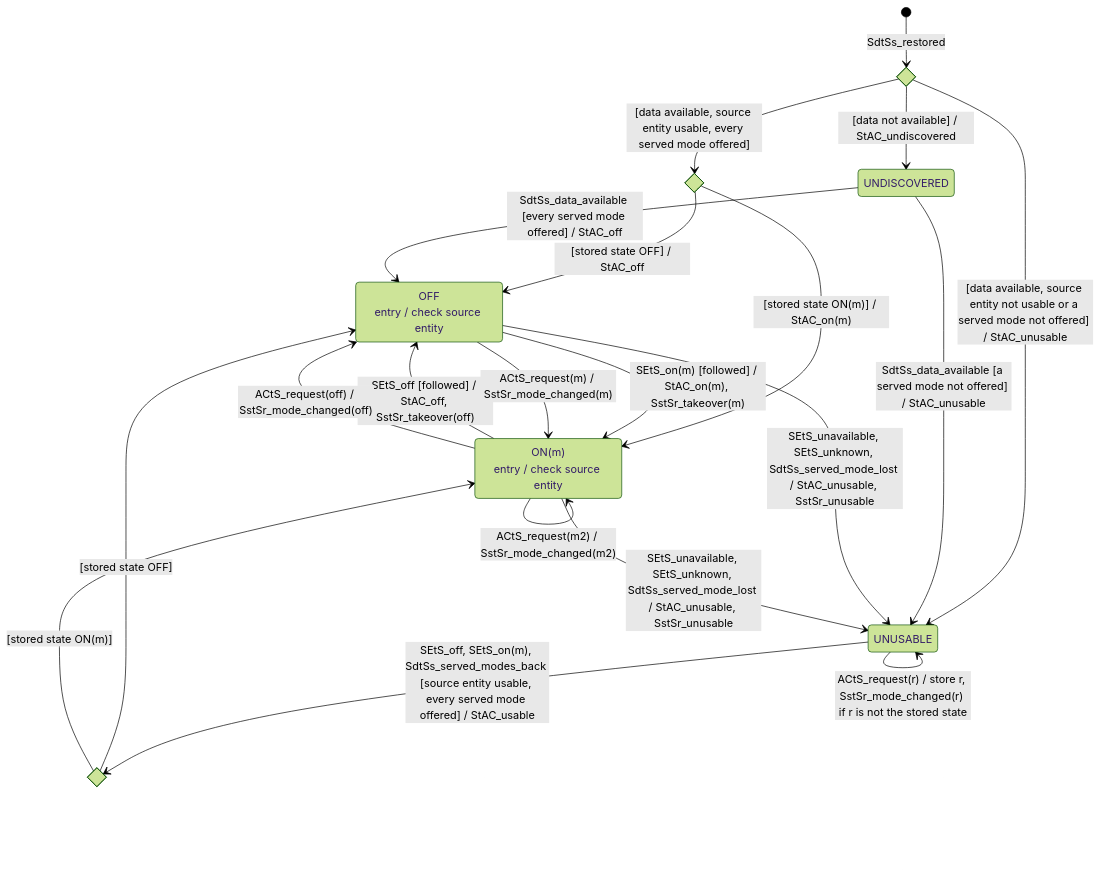
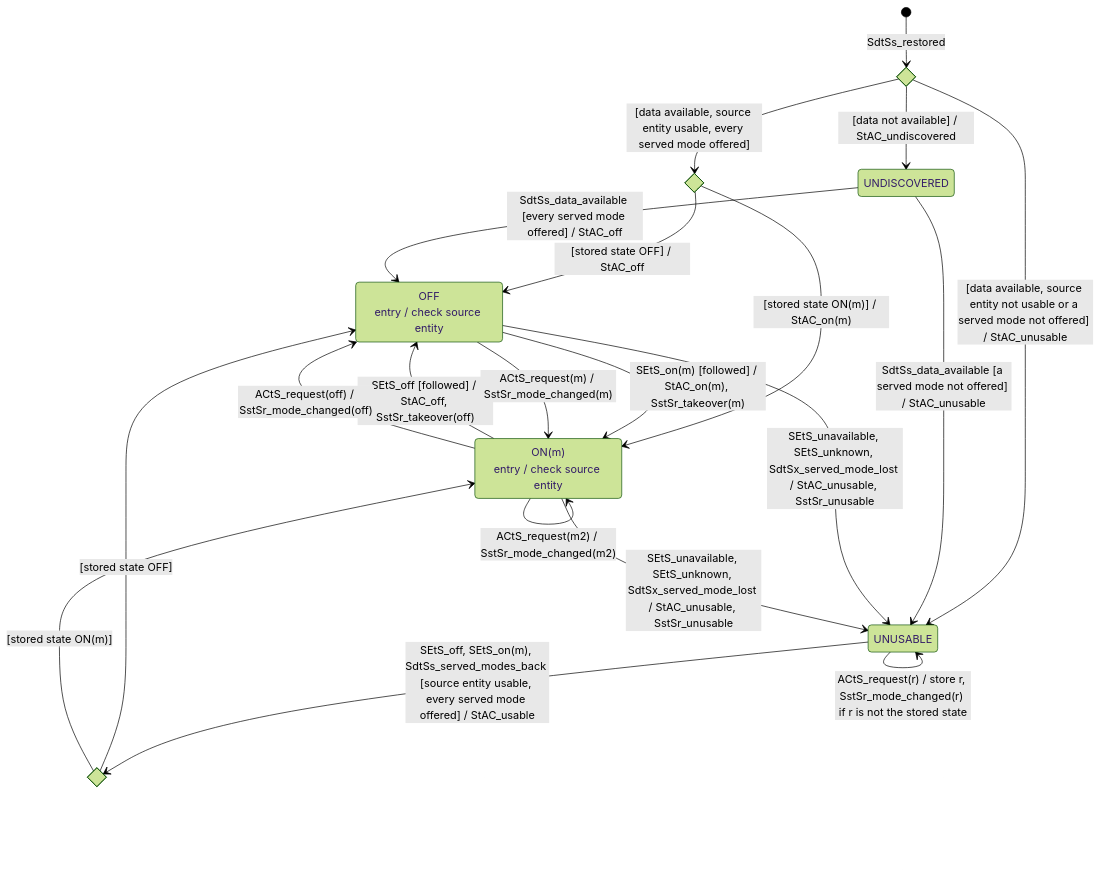
Before and after one commit to marsoupilami25/adaptative-climate: the fourth of 12 diagrams in SPEC.md, drawn with Mermaid (forest theme). The commit also changed other lines of this file and 1 other file, not shown here.

````diff
--- a/SPEC.md
+++ b/SPEC.md
@@ -429,36 +431,36 @@
 ```mermaid
 stateDiagram-v2
     direction TB
     state "UNDISCOVERED" as UNDISCOVERED
     state "OFF<br/>entry / check source entity" as OFF
     state "ON(m)<br/>entry / check source entity" as ON
     state "UNUSABLE" as UNUS
     state first <<choice>>
     state stored <<choice>>
     state back <<choice>>
 
     [*] --> first : SdtSs_restored
     first --> UNDISCOVERED : [data not available] / StAC_undiscovered
     first --> UNUS : [data available, source entity not usable or a served mode not offered] / StAC_unusable
     first --> stored : [data available, source entity usable, every served mode offered]
     stored --> OFF : [stored state OFF] / StAC_off
     stored --> ON : [stored state ON(m)] / StAC_on(m)
 
     UNDISCOVERED --> OFF : SdtSs_data_available [every served mode offered] / StAC_off
     UNDISCOVERED --> UNUS : SdtSs_data_available [a served mode not offered] / StAC_unusable
 
     OFF --> ON : SEtS_on(m) [followed] / StAC_on(m), SstSr_takeover(m)
     ON --> OFF : SEtS_off [followed] / StAC_off, SstSr_takeover(off)
     ON --> ON : SEtS_on(m2) [followed] / StAC_on(m2), SstSr_takeover(m2)
-    OFF --> UNUS : SEtS_unavailable, SEtS_unknown, SdtSs_served_mode_lost / StAC_unusable, SstSr_unusable
-    ON --> UNUS : SEtS_unavailable, SEtS_unknown, SdtSs_served_mode_lost / StAC_unusable, SstSr_unusable
+    OFF --> UNUS : SEtS_unavailable, SEtS_unknown, SdtSx_served_mode_lost / StAC_unusable, SstSr_unusable
+    ON --> UNUS : SEtS_unavailable, SEtS_unknown, SdtSx_served_mode_lost / StAC_unusable, SstSr_unusable
 
     OFF --> ON : ACtS_request(m) / SstSr_mode_changed(m)
     ON --> ON : ACtS_request(m2) / SstSr_mode_changed(m2)
     ON --> OFF : ACtS_request(off) / SstSr_mode_changed(off)
 
     UNUS --> UNUS : ACtS_request(r) / store r, SstSr_mode_changed(r) if r is not the stored state
     UNUS --> back : SEtS_off, SEtS_on(m), SdtSs_served_modes_back [source entity usable, every served mode offered] / StAC_usable
     back --> OFF : [stored state OFF]
     back --> ON : [stored state ON(m)]
 ```
````
